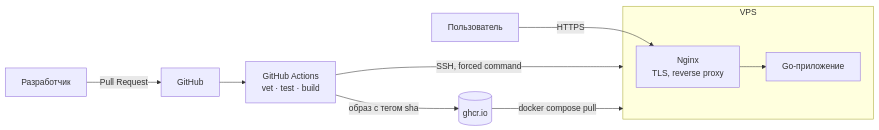
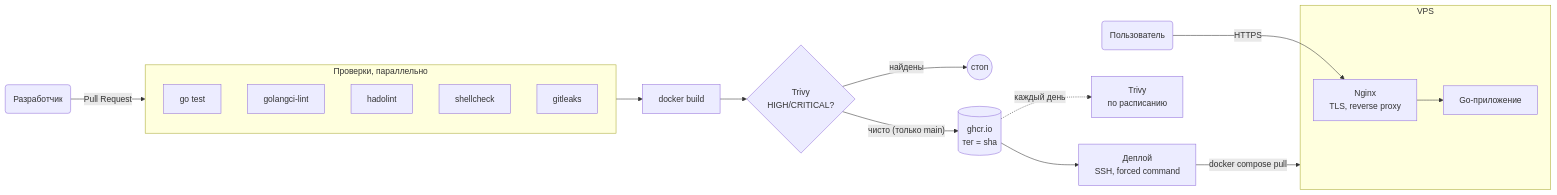
The diagram in README.ru.md (nemelix/go-service-platform), drawn with Mermaid before and after one commit. The commit also changed other lines of this file and 3 other files, not shown here.

````diff
--- a/README.ru.md
+++ b/README.ru.md
@@ -13,13 +13,25 @@
 ```mermaid
 flowchart LR
-dev[Разработчик] -->|Pull Request| gh[GitHub]
-gh --> ci[GitHub Actions<br/>vet · test · build]
-ci -->|образ с тегом sha| reg[(ghcr.io)]
-ci -->|SSH, forced command| vps
-reg -->|docker compose pull| vps
-user[Пользователь] -->|HTTPS| nginx
+    dev(Разработчик) -->|Pull Request| checks
 
-subgraph vps[VPS]
-nginx[Nginx<br/>TLS, reverse proxy] --> app[Go-приложение]
-end
+    subgraph checks[Проверки, параллельно]
+        test[go test]
+        lint[golangci-lint]
+        hado[hadolint]
+        sc[shellcheck]
+        gl[gitleaks]
+    end
+
+    checks --> build[docker build]
+    build --> trivy{Trivy<br/>HIGH/CRITICAL?}
+    trivy -->|найдены| stop((стоп))
+    trivy -->|"чисто (только main)"| reg[(ghcr.io<br/>тег = sha)]
+    reg --> deploy[Деплой<br/>SSH, forced command]
+    deploy -->|docker compose pull| vps
+    reg -.->|каждый день| scan[Trivy<br/>по расписанию]
+    user(Пользователь) -->|HTTPS| nginx
+
+    subgraph vps[VPS]
+        nginx[Nginx<br/>TLS, reverse proxy] --> app[Go-приложение]
+    end
 ```
````
